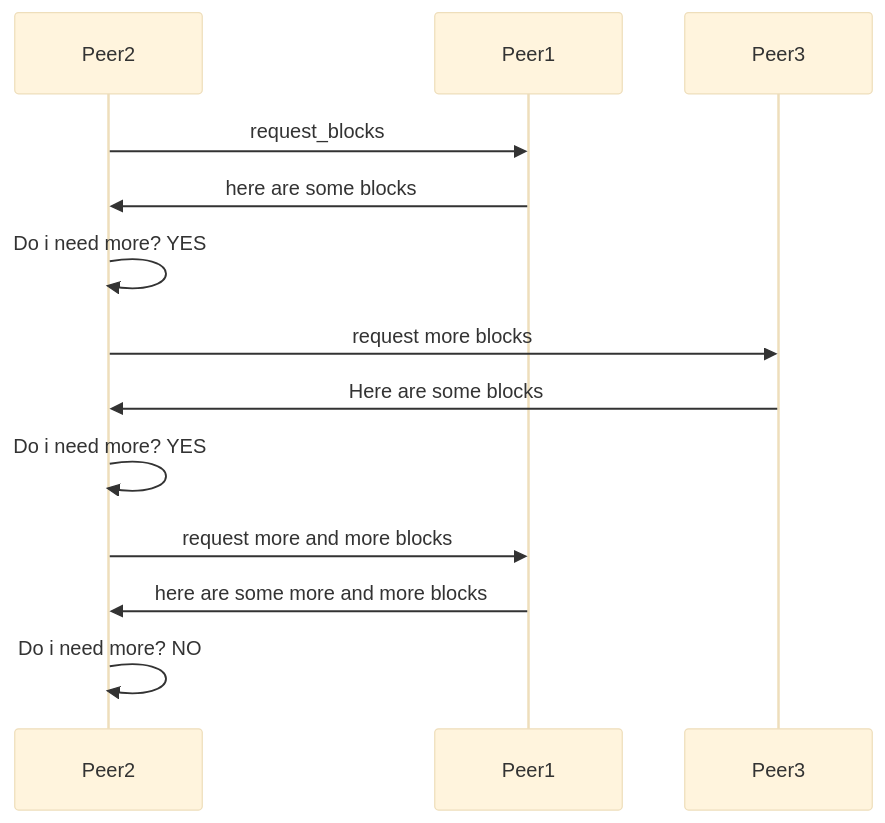
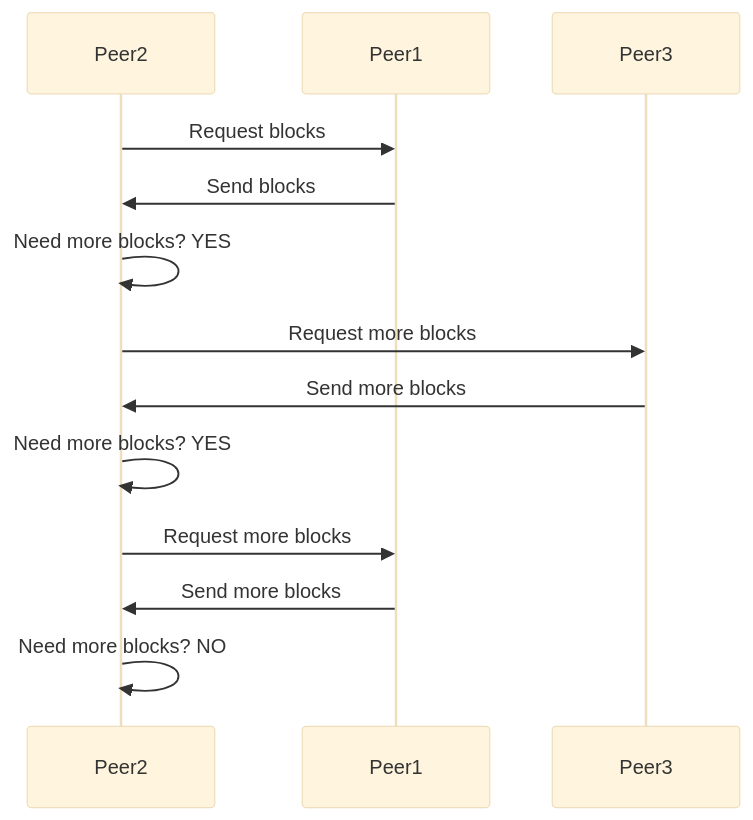
One commit to oxarbitrage/zcash-p2p-spec changed the fourth of 4 diagrams in README.md. Above: the diagram before and after it, drawn with Mermaid (base theme). The commit also changed other lines of this file, not shown here.

````diff
--- a/README.md
+++ b/README.md
@@ -110,16 +122,16 @@
 ```mermaid
 sequenceDiagram
-    Peer2->>Peer1: request_blocks
-    Peer1->>Peer2: here are some blocks
+    Peer2->>Peer1: Request blocks
+    Peer1->>Peer2: Send blocks
 
-    Peer2->>Peer2: Do i need more? YES
-    Peer2->>Peer3: request more blocks
-    Peer3 ->>Peer2: Here are some blocks
+    Peer2->>Peer2: Need more blocks? YES
+    Peer2->>Peer3: Request more blocks
+    Peer3 ->>Peer2: Send more blocks
 
-    Peer2->>Peer2: Do i need more? YES
+    Peer2->>Peer2: Need more blocks? YES
 
-    Peer2->>Peer1: request more and more blocks
-    Peer1->>Peer2: here are some more and more blocks
+    Peer2->>Peer1: Request more blocks
+    Peer1->>Peer2: Send more blocks
 
-    Peer2->>Peer2: Do i need more? NO
+    Peer2->>Peer2: Need more blocks? NO
 ```
````
